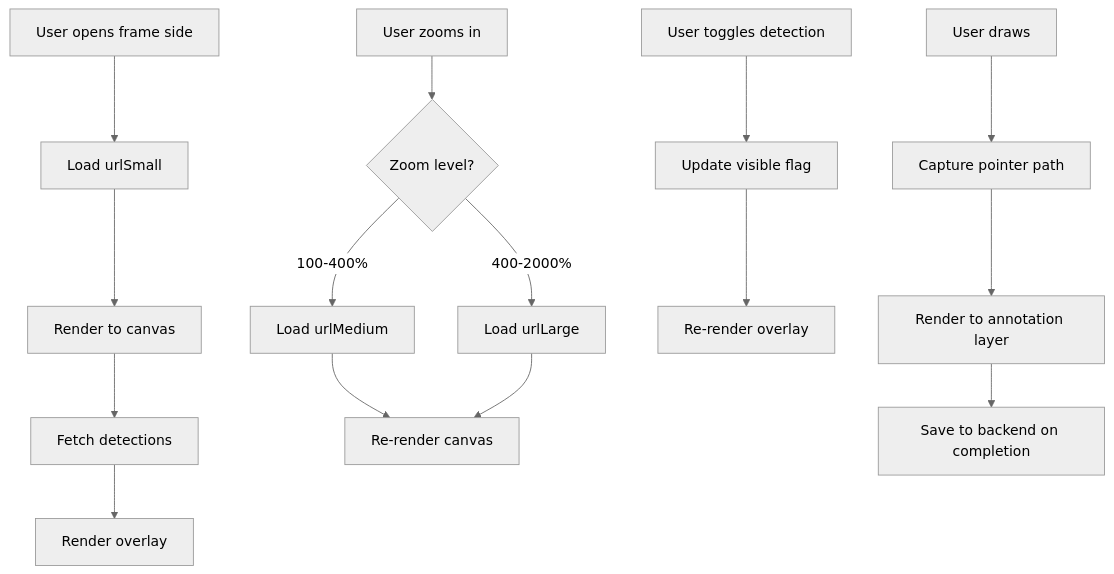
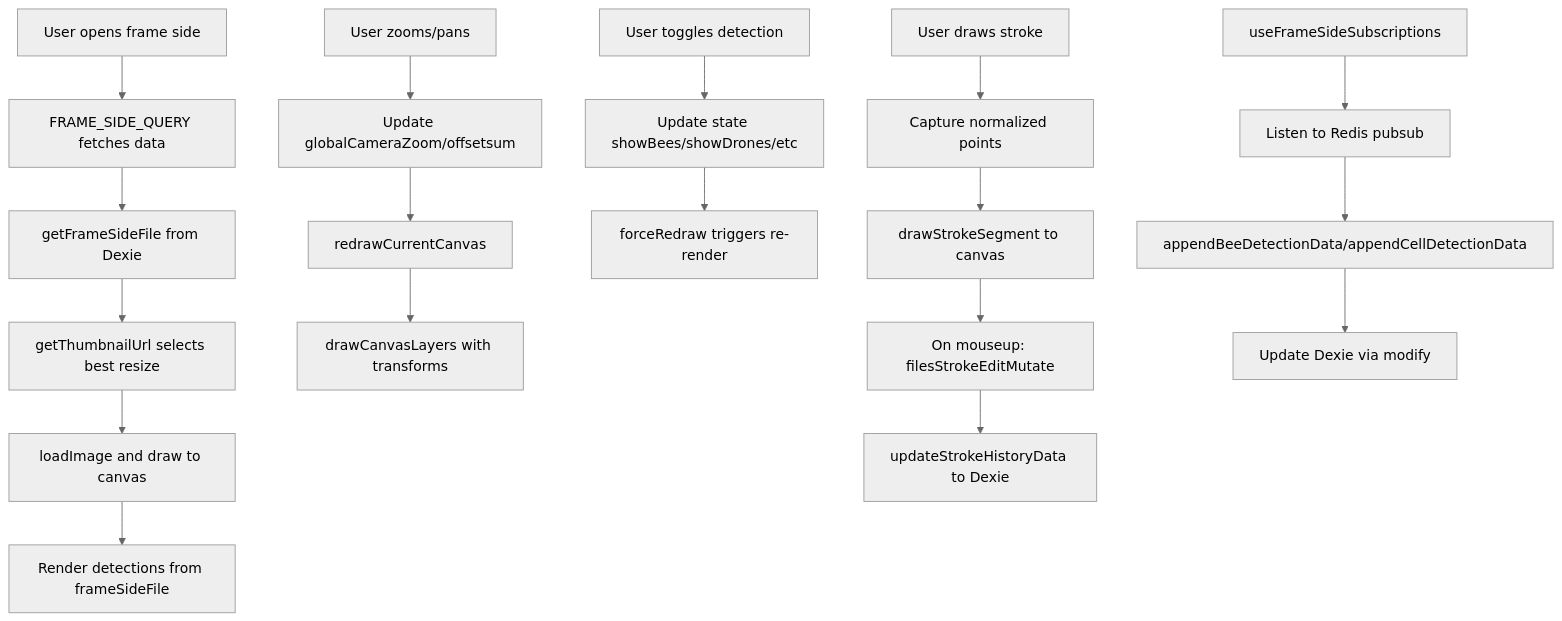
Before and after one commit to Gratheon/website: the second of 2 diagrams in docs/web-app/features/frame-side-management.md, drawn with Mermaid (neutral theme). The commit also changed other lines of this file and 2 other files, not shown here.

````diff
--- a/docs/web-app/features/frame-side-management.md
+++ b/docs/web-app/features/frame-side-management.md
@@ -188,20 +242,24 @@
 ```mermaid
 graph TB
-    A[User opens frame side] --> B[Load urlSmall]
-    B --> C[Render to canvas]
-    C --> D[Fetch detections]
-    D --> E[Render overlay]
+    A[User opens frame side] --> B[FRAME_SIDE_QUERY fetches data]
+    B --> C[getFrameSideFile from Dexie]
+    C --> D[getThumbnailUrl selects best resize]
+    D --> E[loadImage and draw to canvas]
+    E --> F[Render detections from frameSideFile]
     
-    F[User zooms in] --> G{Zoom level?}
-    G -->|100-400%| H[Load urlMedium]
-    G -->|400-2000%| I[Load urlLarge]
-    H --> J[Re-render canvas]
-    I --> J
+    G[User zooms/pans] --> H[Update globalCameraZoom/offsetsum]
+    H --> I[redrawCurrentCanvas]
+    I --> J[drawCanvasLayers with transforms]
     
-    K[User toggles detection] --> L[Update visible flag]
-    L --> M[Re-render overlay]
+    K[User toggles detection] --> L[Update state showBees/showDrones/etc]
+    L --> M[forceRedraw triggers re-render]
     
-    N[User draws] --> O[Capture pointer path]
-    O --> P[Render to annotation layer]
-    P --> Q[Save to backend on completion]
+    N[User draws stroke] --> O[Capture normalized points]
+    O --> P[drawStrokeSegment to canvas]
+    P --> Q[On mouseup: filesStrokeEditMutate]
+    Q --> R[updateStrokeHistoryData to Dexie]
+    
+    S[useFrameSideSubscriptions] --> T[Listen to Redis pubsub]
+    T --> U[appendBeeDetectionData/appendCellDetectionData]
+    U --> V[Update Dexie via modify]
 ```
````
